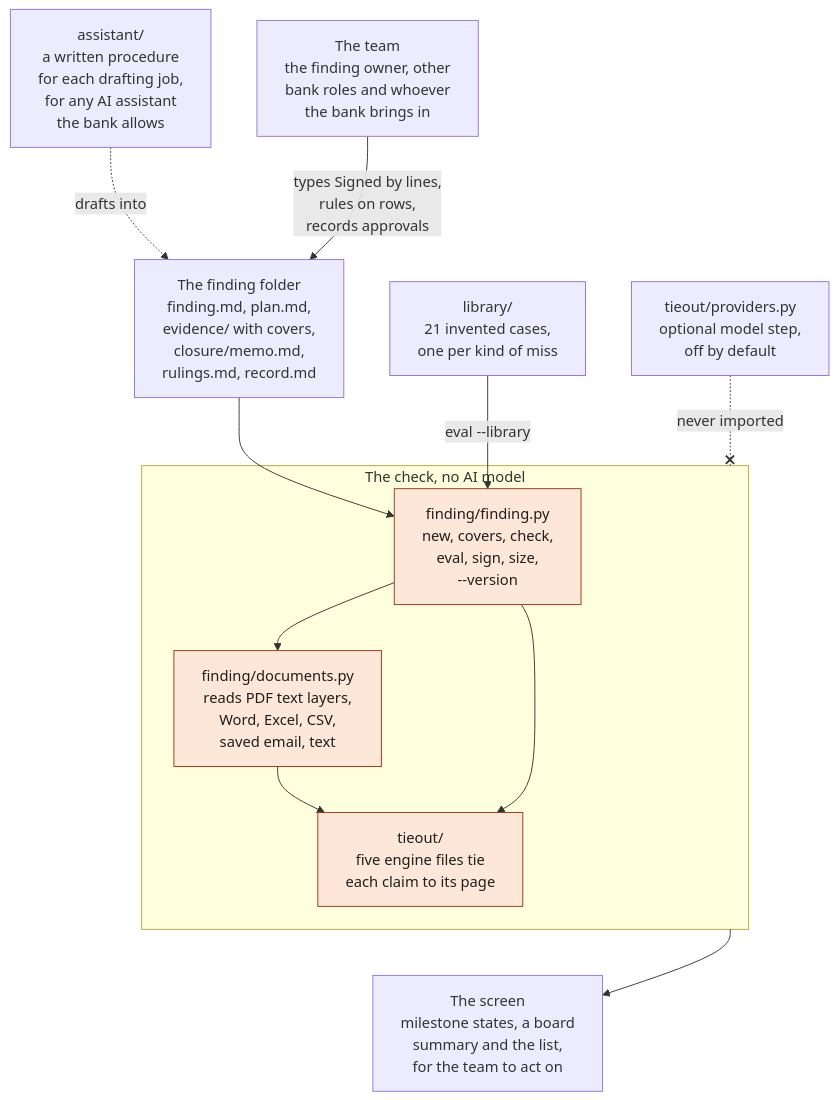
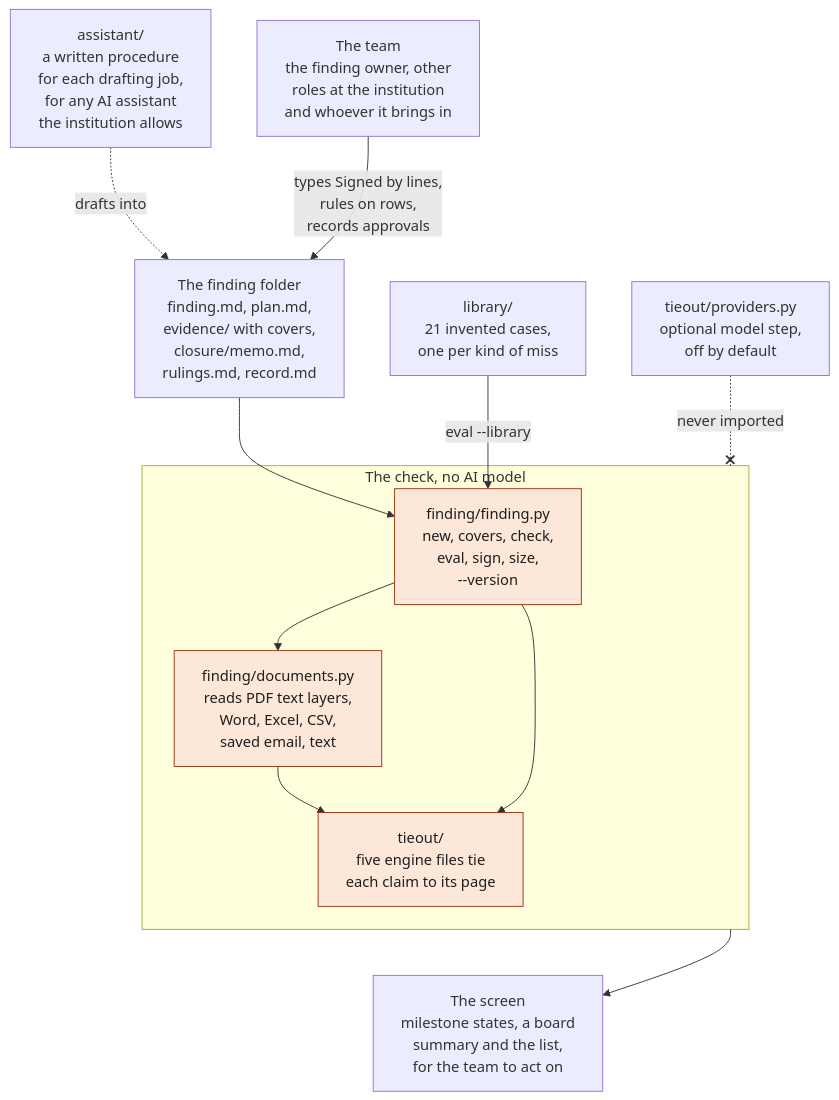
Before and after one commit to avinashsaraswat/regrem-engine: the third of 3 diagrams in docs/how-it-works.md, drawn with Mermaid. The commit also changed other lines of this file and 22 other files, not shown here.

Commit message:
Say financial institution where the pages said bank, since remediation reaches more than banks

````diff
--- a/docs/how-it-works.md
+++ b/docs/how-it-works.md
@@ -67,25 +67,25 @@
 ```mermaid
 flowchart TD
-    P["The team<br/>the finding owner, other<br/>bank roles and whoever<br/>the bank brings in"]
-    AS["assistant/<br/>a written procedure<br/>for each drafting job,<br/>for any AI assistant<br/>the bank allows"]
+    P["The team<br/>the finding owner, other<br/>roles at the institution<br/>and whoever it brings in"]
+    AS["assistant/<br/>a written procedure<br/>for each drafting job,<br/>for any AI assistant<br/>the institution allows"]
     FD["The finding folder<br/>finding.md, plan.md,<br/>evidence/ with covers,<br/>closure/memo.md,<br/>rulings.md, record.md"]
     subgraph check["The check, no AI model"]
         FT["finding/finding.py<br/>new, covers, check,<br/>eval, sign, size,<br/>--version"]
         DR["finding/documents.py<br/>reads PDF text layers,<br/>Word, Excel, CSV,<br/>saved email, text"]
         EN["tieout/<br/>five engine files tie<br/>each claim to its page"]
         FT --> DR --> EN
         FT --> EN
     end
     LIB["library/<br/>21 invented cases,<br/>one per kind of miss"]
     PR["tieout/providers.py<br/>optional model step,<br/>off by default"]
     OUT["The screen<br/>milestone states, a board<br/>summary and the list,<br/>for the team to act on"]
     AS -.->|drafts into| FD
     P -->|types Signed by lines,<br/>rules on rows,<br/>records approvals| FD
     FD --> FT
     LIB -->|eval --library| FT
     PR -.-x|never imported| check
     check --> OUT
     EN ~~~ OUT
     classDef shade fill:#fde7d9,stroke:#9a3412,color:#1f1e1d
     class FT,DR,EN shade
 ```
````
